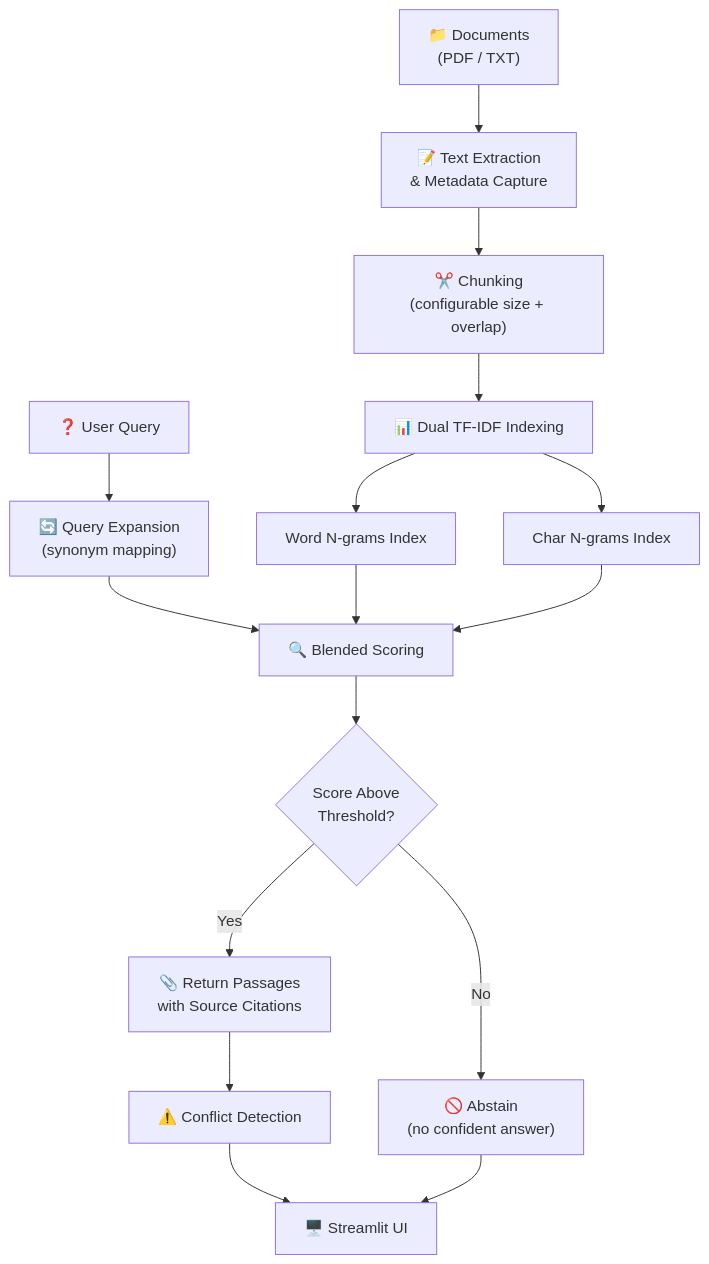
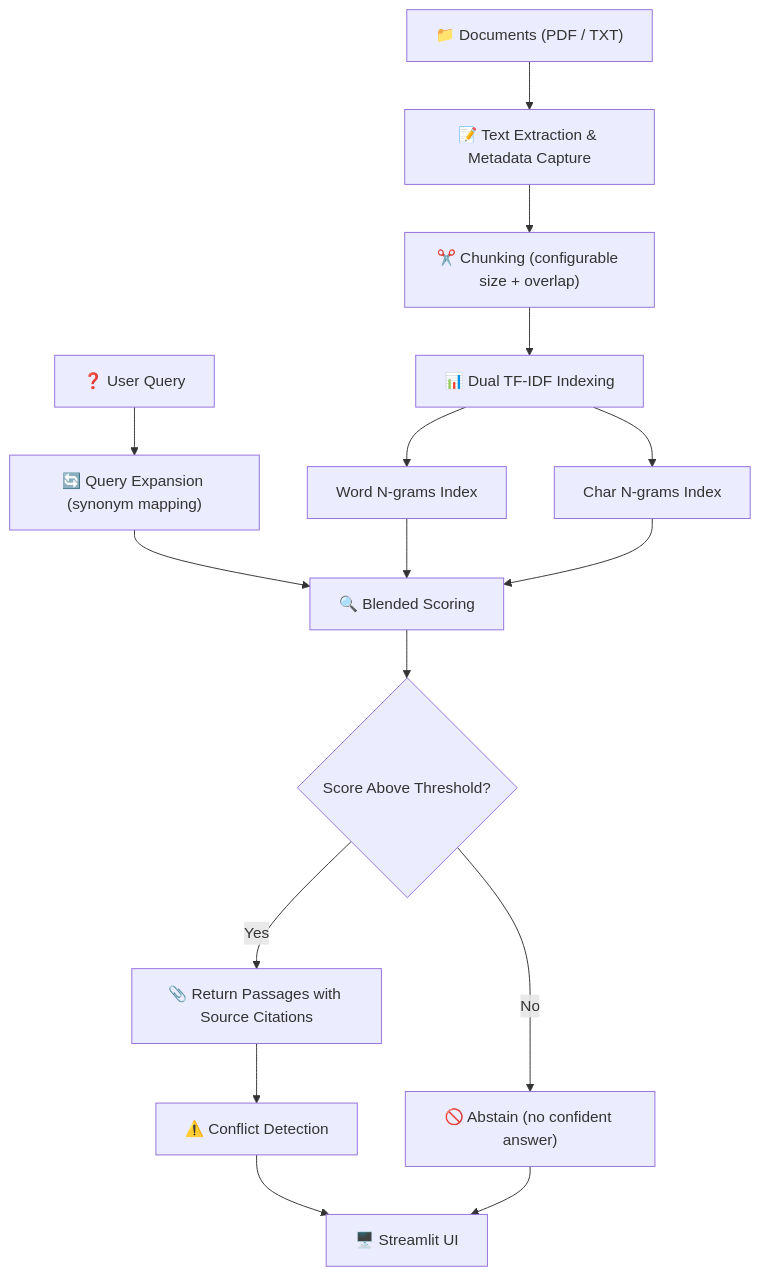
One commit to Soham-Sahana/RAG changed the diagram in Readme.md. Above: the diagram before and after it, drawn with Mermaid. The commit also changed other lines of this file, not shown here.

````diff
--- a/Readme.md
+++ b/Readme.md
@@ -36,22 +41,22 @@
 ```mermaid
 flowchart TD
-    A["📁 Documents\n(PDF / TXT)"] --> B["📝 Text Extraction\n& Metadata Capture"]
-    B --> C["✂️ Chunking\n(configurable size + overlap)"]
+    A["📁 Documents (PDF / TXT)"] --> B["📝 Text Extraction & Metadata Capture"]
+    B --> C["✂️ Chunking (configurable size + overlap)"]
     C --> D["📊 Dual TF-IDF Indexing"]
     D --> D1["Word N-grams Index"]
     D --> D2["Char N-grams Index"]
 
-    Q["❓ User Query"] --> E["🔄 Query Expansion\n(synonym mapping)"]
+    Q["❓ User Query"] --> E["🔄 Query Expansion (synonym mapping)"]
     E --> F["🔍 Blended Scoring"]
 
     D1 --> F
     D2 --> F
 
-    F --> G{"Score Above\nThreshold?"}
-    G -- Yes --> H["📎 Return Passages\nwith Source Citations"]
-    G -- No --> I["🚫 Abstain\n(no confident answer)"]
+    F --> G{"Score Above Threshold?"}
+    G -- Yes --> H["📎 Return Passages with Source Citations"]
+    G -- No --> I["🚫 Abstain (no confident answer)"]
 
     H --> J["⚠️ Conflict Detection"]
     J --> K["🖥️ Streamlit UI"]
     I --> K
 ```
````
